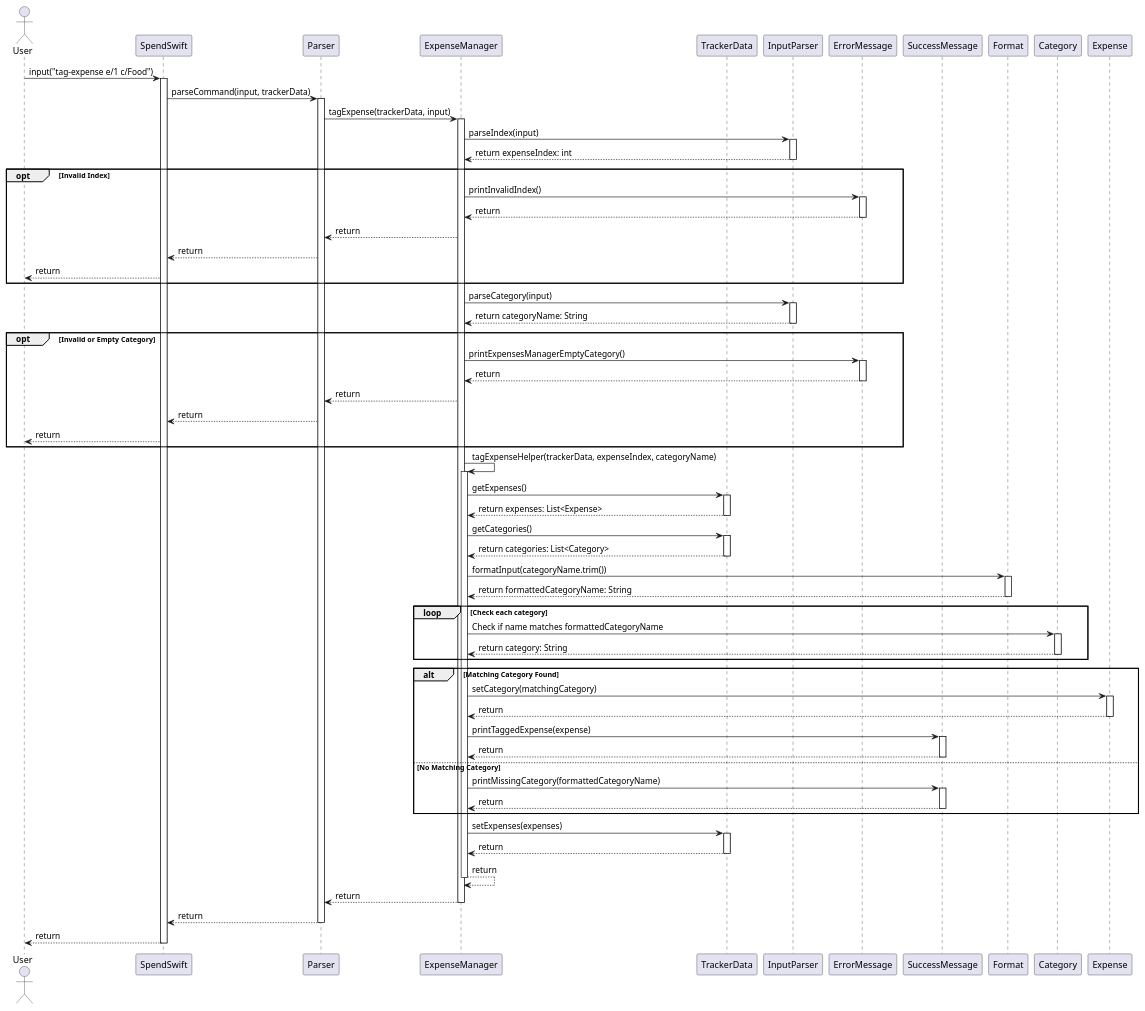
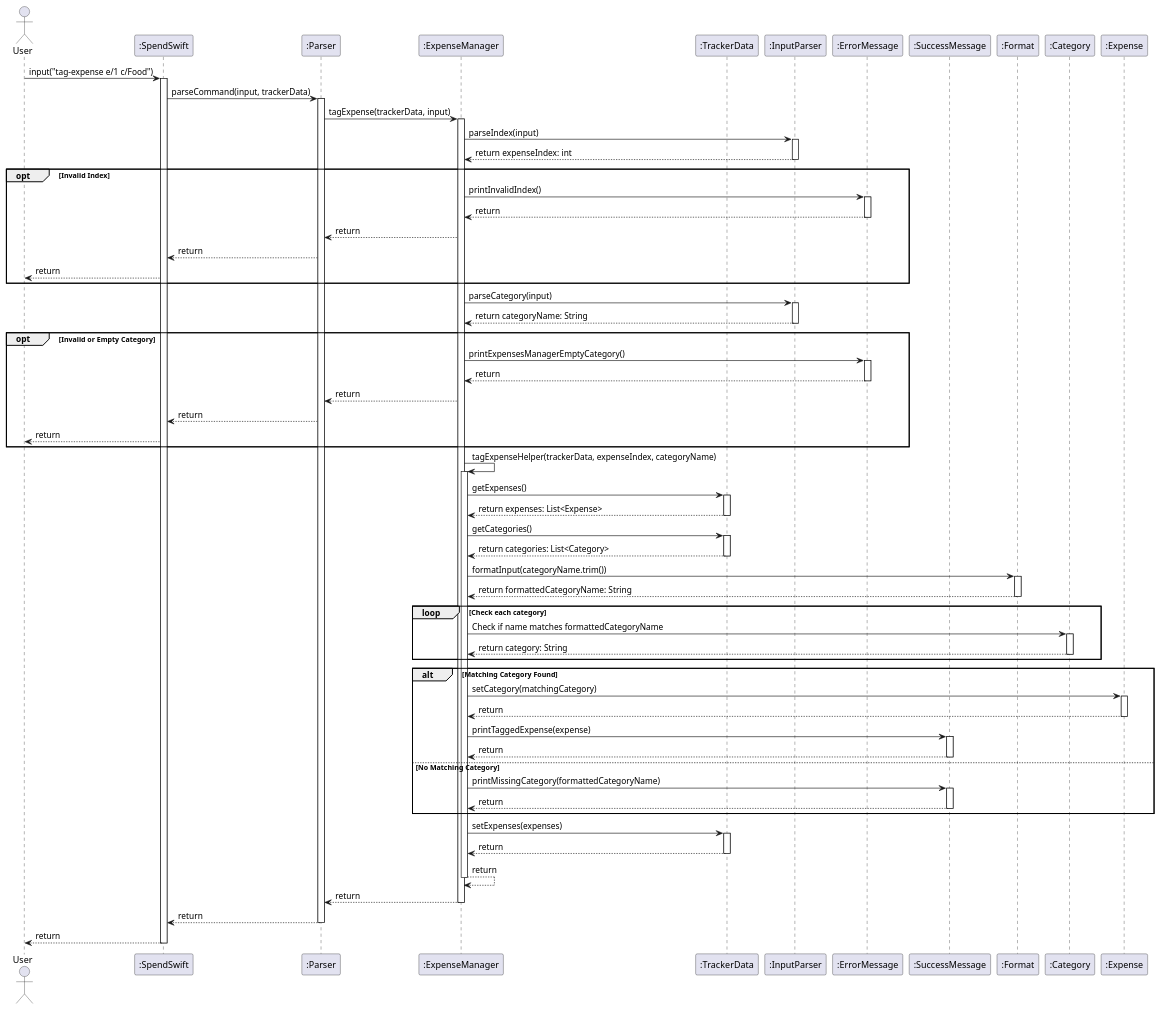
The diagram in docs/diagrams/TagExpense.puml (nus-cs2113-AY2425S1/tp), drawn with PlantUML before and after one commit. The commit also changed 19 other files, not shown here.

```diff
--- a/docs/diagrams/TagExpense.puml
+++ b/docs/diagrams/TagExpense.puml
@@ -1,107 +1,107 @@
 @startuml
 actor User
-participant SpendSwift
-participant Parser
-participant ExpenseManager
-participant TrackerData
-participant InputParser
-participant ErrorMessage
-participant SuccessMessage
-participant Format
-participant Category
-participant Expense
+participant ":SpendSwift" as SpendSwift
+participant ":Parser" as Parser
+participant ":ExpenseManager" as ExpenseManager
+participant ":TrackerData" as TrackerData
+participant ":InputParser" as InputParser
+participant ":ErrorMessage" as ErrorMessage
+participant ":SuccessMessage" as SuccessMessage
+participant ":Format" as Format
+participant ":Category" as Category
+participant ":Expense" as Expense
 
 User -> SpendSwift : input("tag-expense e/1 c/Food")
 activate SpendSwift
 SpendSwift -> Parser : parseCommand(input, trackerData)
 
 activate Parser
 Parser -> ExpenseManager : tagExpense(trackerData, input)
 
 activate ExpenseManager
 ExpenseManager -> InputParser : parseIndex(input)
 activate InputParser
 InputParser --> ExpenseManager : return expenseIndex: int
 deactivate InputParser
 
 opt Invalid Index
     ExpenseManager -> ErrorMessage : printInvalidIndex()
     activate ErrorMessage
     ErrorMessage --> ExpenseManager : return
     deactivate ErrorMessage
     ExpenseManager --> Parser : return
     Parser --> SpendSwift : return
     SpendSwift --> User : return
 end
 
 ExpenseManager -> InputParser : parseCategory(input)
 activate InputParser
 InputParser --> ExpenseManager : return categoryName: String
 deactivate InputParser
 
 opt Invalid or Empty Category
     ExpenseManager -> ErrorMessage : printExpensesManagerEmptyCategory()
     activate ErrorMessage
     ErrorMessage --> ExpenseManager : return
     deactivate ErrorMessage
     ExpenseManager --> Parser : return
     Parser --> SpendSwift : return
     SpendSwift --> User : return
 end
 
     ExpenseManager -> ExpenseManager : tagExpenseHelper(trackerData, expenseIndex, categoryName)
 
     activate ExpenseManager
     ExpenseManager -> TrackerData : getExpenses()
     activate TrackerData
     TrackerData --> ExpenseManager : return expenses: List<Expense>
     deactivate TrackerData
     ExpenseManager -> TrackerData : getCategories()
     activate TrackerData
     TrackerData --> ExpenseManager : return categories: List<Category>
     deactivate TrackerData
 
     ExpenseManager -> Format : formatInput(categoryName.trim())
     activate Format
     Format --> ExpenseManager : return formattedCategoryName: String
     deactivate Format
 
     loop Check each category
         ExpenseManager -> Category : Check if name matches formattedCategoryName
         activate Category
         Category --> ExpenseManager : return category: String
         deactivate Category
     end
 
     alt Matching Category Found
         ExpenseManager -> Expense : setCategory(matchingCategory)
         activate Expense
         Expense --> ExpenseManager : return
         deactivate Expense
         ExpenseManager -> SuccessMessage : printTaggedExpense(expense)
         activate SuccessMessage
         SuccessMessage --> ExpenseManager : return
         deactivate SuccessMessage
     else No Matching Category
         ExpenseManager -> SuccessMessage : printMissingCategory(formattedCategoryName)
         activate SuccessMessage
         SuccessMessage --> ExpenseManager : return
         deactivate SuccessMessage
     end
 
     ExpenseManager -> TrackerData : setExpenses(expenses)
     activate TrackerData
     TrackerData --> ExpenseManager : return
     deactivate TrackerData
 
 ExpenseManager --> ExpenseManager : return
 deactivate ExpenseManager
 
 ExpenseManager --> Parser : return
 deactivate ExpenseManager
 Parser --> SpendSwift : return
 deactivate Parser
 SpendSwift --> User : return
 deactivate SpendSwift
 
 @enduml
```
